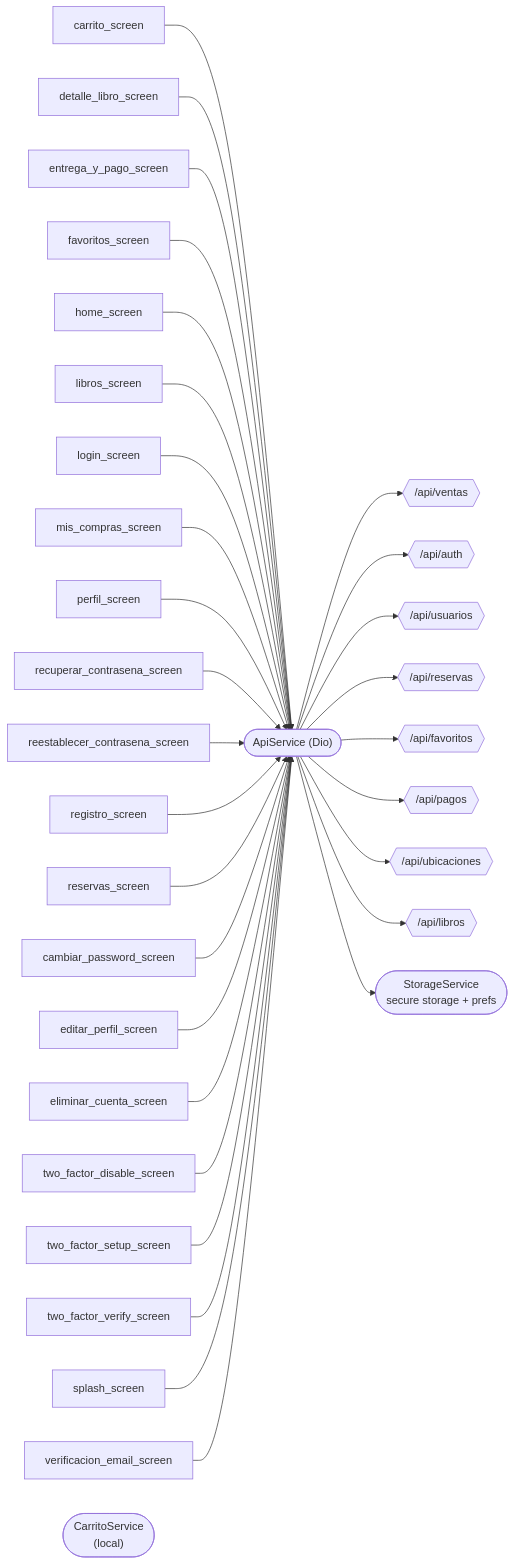
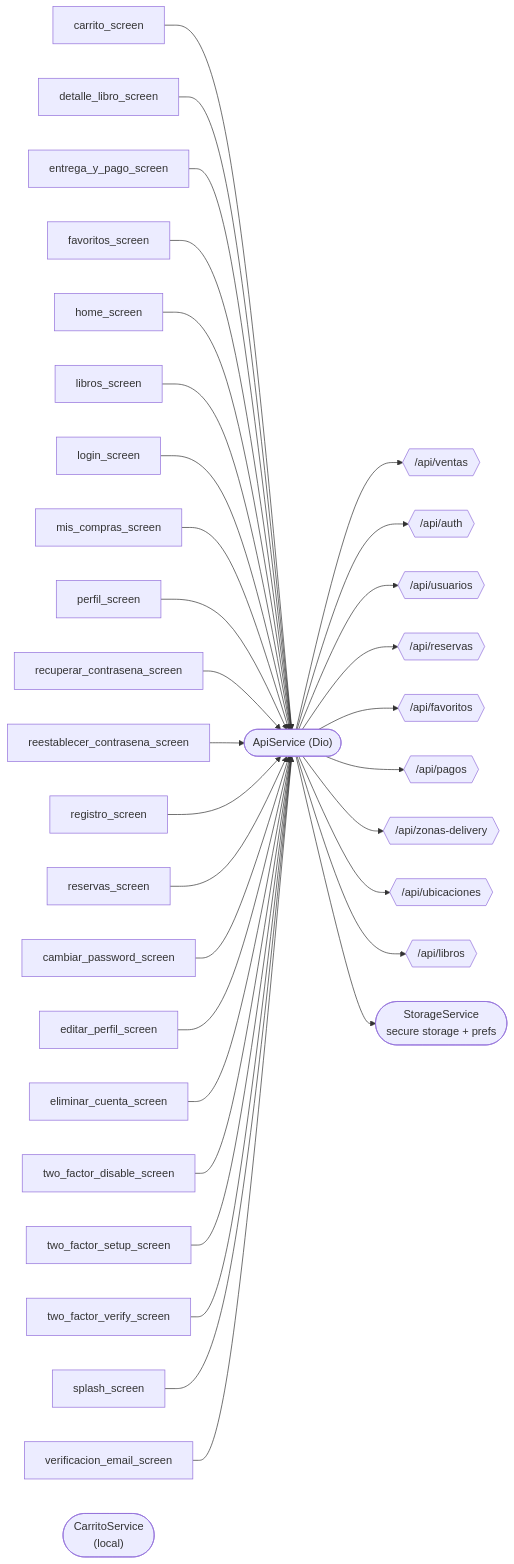
One commit to jimenezvegaedinson7-dot/librer-a changed the diagram in docs/architecture/graphs/flutter.mmd. Above: the diagram before and after it, drawn with Mermaid. The commit also changed 57 other files, not shown here.

```diff
--- a/docs/architecture/graphs/flutter.mmd
+++ b/docs/architecture/graphs/flutter.mmd
@@ -1,35 +1,36 @@
 %% Generado 2026-10-02 desde el código real (actualizar-mapa.mjs)
 flowchart LR
     API(["ApiService (Dio)"])
     carrito_screen["carrito_screen"] --> API
     detalle_libro_screen["detalle_libro_screen"] --> API
     entrega_y_pago_screen["entrega_y_pago_screen"] --> API
     favoritos_screen["favoritos_screen"] --> API
     home_screen["home_screen"] --> API
     libros_screen["libros_screen"] --> API
     login_screen["login_screen"] --> API
     mis_compras_screen["mis_compras_screen"] --> API
     perfil_screen["perfil_screen"] --> API
     recuperar_contrasena_screen["recuperar_contrasena_screen"] --> API
     reestablecer_contrasena_screen["reestablecer_contrasena_screen"] --> API
     registro_screen["registro_screen"] --> API
     reservas_screen["reservas_screen"] --> API
     cambiar_password_screen["cambiar_password_screen"] --> API
     editar_perfil_screen["editar_perfil_screen"] --> API
     eliminar_cuenta_screen["eliminar_cuenta_screen"] --> API
     two_factor_disable_screen["two_factor_disable_screen"] --> API
     two_factor_setup_screen["two_factor_setup_screen"] --> API
     two_factor_verify_screen["two_factor_verify_screen"] --> API
     splash_screen["splash_screen"] --> API
     verificacion_email_screen["verificacion_email_screen"] --> API
     API --> _api_ventas{{"/api/ventas"}}
     API --> _api_auth{{"/api/auth"}}
     API --> _api_usuarios{{"/api/usuarios"}}
     API --> _api_reservas{{"/api/reservas"}}
     API --> _api_favoritos{{"/api/favoritos"}}
     API --> _api_pagos{{"/api/pagos"}}
+    API --> _api_zonas_delivery{{"/api/zonas-delivery"}}
     API --> _api_ubicaciones{{"/api/ubicaciones"}}
     API --> _api_libros{{"/api/libros"}}
     STORE(["StorageService<br/>secure storage + prefs"])
     API --> STORE
     CARRITO(["CarritoService<br/>(local)"])
```
